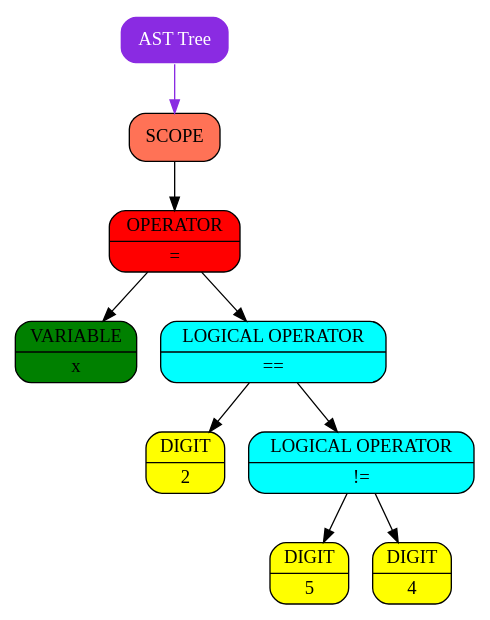
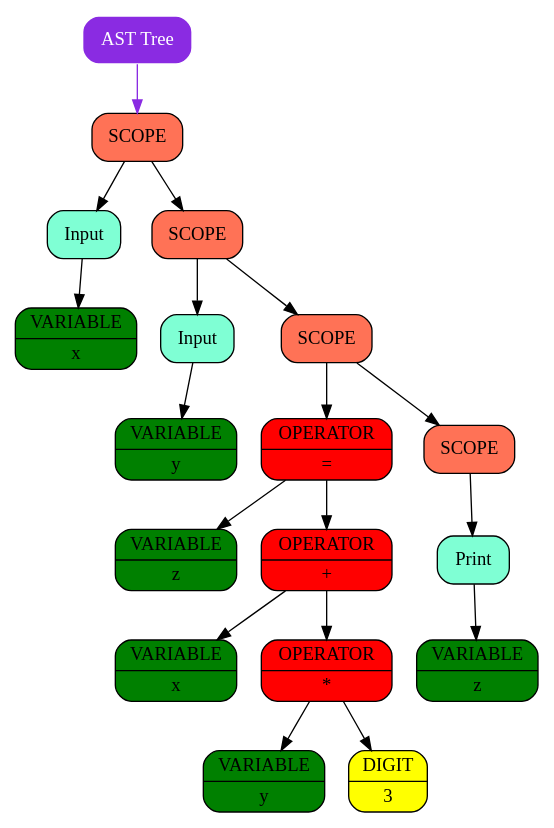
One commit to Pelmeshka127/ParaCL changed the diagram in graphics/graph.dot. Above: the diagram before and after it, drawn with Graphviz. The commit also changed 5 other files, not shown here.

```diff
--- a/graphics/graph.dot
+++ b/graphics/graph.dot
@@ -1,21 +1,39 @@
 digraph Tree
 {
    rankdir = HR;
    tree[shape = Mrecord, style = filled, color = "white", style = filled, fontcolor = "white", fillcolor = "blueviolet", label = "AST Tree"];
-   "0x14b704170"[shape = Mrecord, color = "black", style = filled, fontcolor = "black", fillcolor = "coral1"   label = " {SCOPE}"];
-  "0x14b704170" -> "0x14b704140" [color = "black"];
-   "0x14b704140"[shape = Mrecord, color = "black", style = filled, fontcolor = "black", fillcolor = "red"   label = " {OPERATOR | =}"];
-  "0x14b704140" -> "0x14b704080" [color = "black"];
-  "0x14b704140" -> "0x14b704110" [color = "black"];
-   "0x14b704080"[shape = Mrecord, color = "black", style = filled, fontcolor = "black", fillcolor = "green",   label = " {VARIABLE | x}"];
-   "0x14b704110"[shape = Mrecord, color = "black", style = filled, fontcolor = "black", fillcolor = "aqua"   label = " {LOGICAL OPERATOR | ==}"];
-  "0x14b704110" -> "0x14b7040b0" [color = "black"];
-  "0x14b704110" -> "0x14b7040e0" [color = "black"];
-   "0x14b7040b0"[shape = Mrecord, color = "black", style = filled, fontcolor = "black", fillcolor = "yellow",   label = " {DIGIT | 2}"];
-   "0x14b7040e0"[shape = Mrecord, color = "black", style = filled, fontcolor = "black", fillcolor = "aqua"   label = " {LOGICAL OPERATOR | !=}"];
-  "0x14b7040e0" -> "0x14b7040c0" [color = "black"];
-  "0x14b7040e0" -> "0x14b7040d0" [color = "black"];
-   "0x14b7040c0"[shape = Mrecord, color = "black", style = filled, fontcolor = "black", fillcolor = "yellow",   label = " {DIGIT | 5}"];
-   "0x14b7040d0"[shape = Mrecord, color = "black", style = filled, fontcolor = "black", fillcolor = "yellow",   label = " {DIGIT | 4}"];
-   tree -> "0x14b704170" [color = "blueviolet"];
+   "0x13de06e20"[shape = Mrecord, color = "black", style = filled, fontcolor = "black", fillcolor = "coral1"   label = " {SCOPE}"];
+  "0x13de06e20" -> "0x13de06bd0" [color = "black"];
+  "0x13de06e20" -> "0x13de06e00" [color = "black"];
+   "0x13de06bd0"[shape = Mrecord, color = "black", style = filled, fontcolor = "black", fillcolor = "aquamarine"   label = " {Input}"];
+  "0x13de06bd0" -> "0x13de06ba0" [color = "black"];
+   "0x13de06ba0"[shape = Mrecord, color = "black", style = filled, fontcolor = "black", fillcolor = "green",   label = " {VARIABLE | x}"];
+   "0x13de06e00"[shape = Mrecord, color = "black", style = filled, fontcolor = "black", fillcolor = "coral1"   label = " {SCOPE}"];
+  "0x13de06e00" -> "0x13de06c20" [color = "black"];
+  "0x13de06e00" -> "0x13de06de0" [color = "black"];
+   "0x13de06c20"[shape = Mrecord, color = "black", style = filled, fontcolor = "black", fillcolor = "aquamarine"   label = " {Input}"];
+  "0x13de06c20" -> "0x13de06bf0" [color = "black"];
+   "0x13de06bf0"[shape = Mrecord, color = "black", style = filled, fontcolor = "black", fillcolor = "green",   label = " {VARIABLE | y}"];
+   "0x13de06de0"[shape = Mrecord, color = "black", style = filled, fontcolor = "black", fillcolor = "coral1"   label = " {SCOPE}"];
+  "0x13de06de0" -> "0x13de06d40" [color = "black"];
+  "0x13de06de0" -> "0x13de06dc0" [color = "black"];
+   "0x13de06d40"[shape = Mrecord, color = "black", style = filled, fontcolor = "black", fillcolor = "red"   label = " {OPERATOR | =}"];
+  "0x13de06d40" -> "0x13de06c40" [color = "black"];
+  "0x13de06d40" -> "0x13de06d10" [color = "black"];
+   "0x13de06c40"[shape = Mrecord, color = "black", style = filled, fontcolor = "black", fillcolor = "green",   label = " {VARIABLE | z}"];
+   "0x13de06d10"[shape = Mrecord, color = "black", style = filled, fontcolor = "black", fillcolor = "red"   label = " {OPERATOR | +}"];
+  "0x13de06d10" -> "0x13de06c70" [color = "black"];
+  "0x13de06d10" -> "0x13de06ce0" [color = "black"];
+   "0x13de06c70"[shape = Mrecord, color = "black", style = filled, fontcolor = "black", fillcolor = "green",   label = " {VARIABLE | x}"];
+   "0x13de06ce0"[shape = Mrecord, color = "black", style = filled, fontcolor = "black", fillcolor = "red"   label = " {OPERATOR | *}"];
+  "0x13de06ce0" -> "0x13de06ca0" [color = "black"];
+  "0x13de06ce0" -> "0x13de06cd0" [color = "black"];
+   "0x13de06ca0"[shape = Mrecord, color = "black", style = filled, fontcolor = "black", fillcolor = "green",   label = " {VARIABLE | y}"];
+   "0x13de06cd0"[shape = Mrecord, color = "black", style = filled, fontcolor = "black", fillcolor = "yellow",   label = " {DIGIT | 3}"];
+   "0x13de06dc0"[shape = Mrecord, color = "black", style = filled, fontcolor = "black", fillcolor = "coral1"   label = " {SCOPE}"];
+  "0x13de06dc0" -> "0x13de06da0" [color = "black"];
+   "0x13de06da0"[shape = Mrecord, color = "black", style = filled, fontcolor = "black", fillcolor = "aquamarine"   label = " {Print}"];
+  "0x13de06da0" -> "0x13de06d70" [color = "black"];
+   "0x13de06d70"[shape = Mrecord, color = "black", style = filled, fontcolor = "black", fillcolor = "green",   label = " {VARIABLE | z}"];
+   tree -> "0x13de06e20" [color = "blueviolet"];
 }
```
